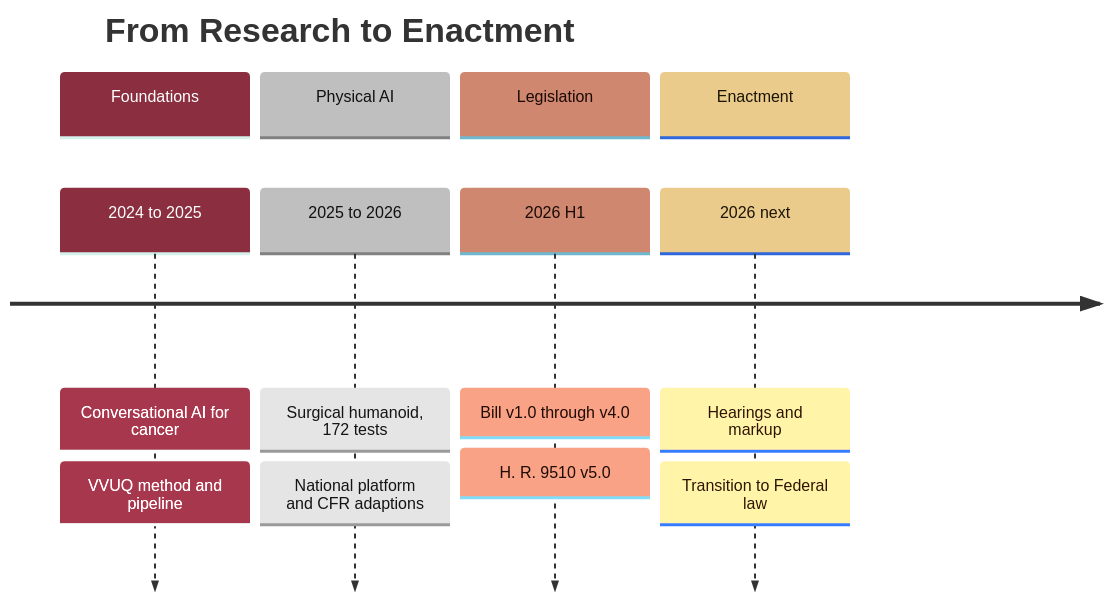
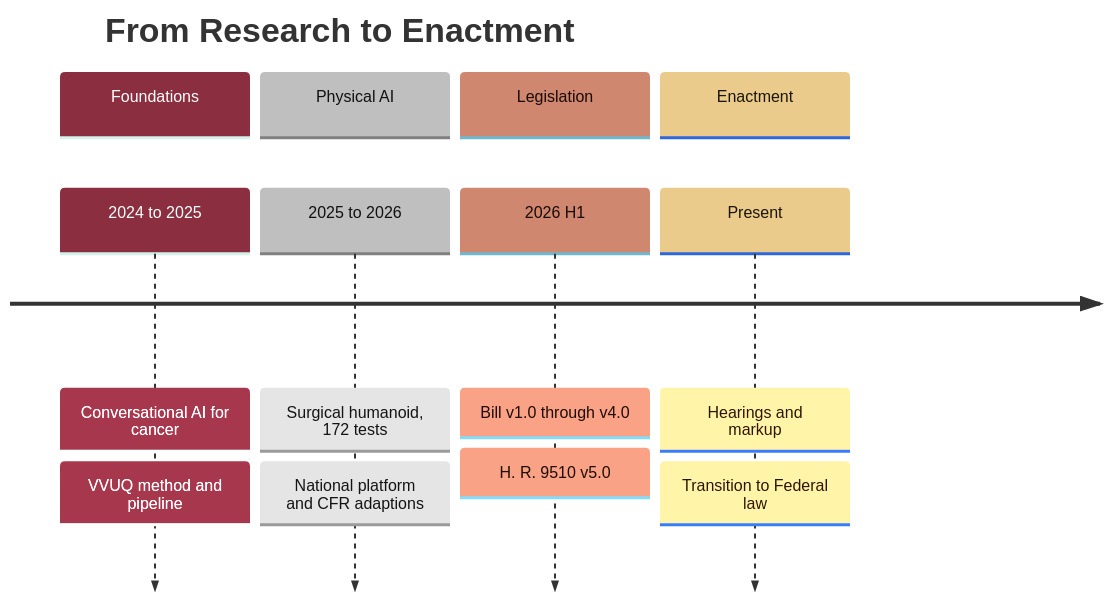
Before and after one commit to kevinkawchak/law-physical-ai-trials: diagram 12 of 21 in review/mermaid/output-mermaid.md, drawn with Mermaid. The commit also changed 1 other file, not shown here.

Commit message:
Fix Stage 1: proofread timeline label; resync catalog (no errors found)

````diff
--- a/review/mermaid/output-mermaid.md
+++ b/review/mermaid/output-mermaid.md
@@ -388,13 +388,13 @@
 ```mermaid
 %%{init: {'theme':'base','themeVariables':{'fontFamily':'Helvetica, Arial, sans-serif','cScale0':'#8B2E3F','cScale1':'#BFBFBF','cScale2':'#D08770','cScale3':'#EBCB8B','cScaleLabel0':'#ffffff','cScaleLabel1':'#111111','cScaleLabel2':'#1A0A04','cScaleLabel3':'#1A1505'}}}%%
 timeline
   title From Research to Enactment
   section Foundations
     2024 to 2025 : Conversational AI for cancer : VVUQ method and pipeline
   section Physical AI
     2025 to 2026 : Surgical humanoid, 172 tests : National platform and CFR adaptions
   section Legislation
     2026 H1 : Bill v1.0 through v4.0 : H. R. 9510 v5.0
   section Enactment
-    2026 next : Hearings and markup : Transition to Federal law
+    Present : Hearings and markup : Transition to Federal law
 ```
````
